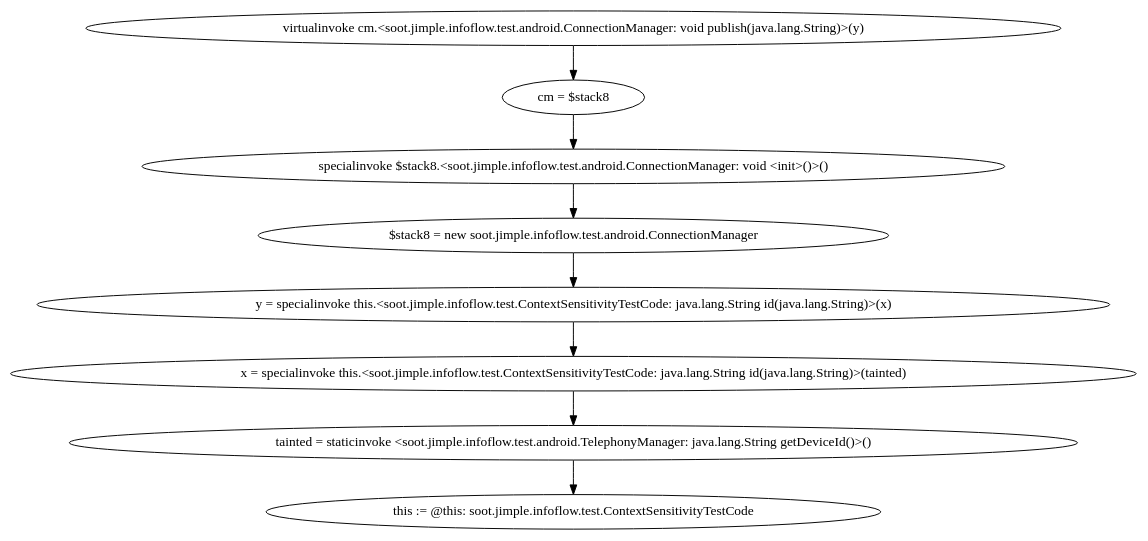
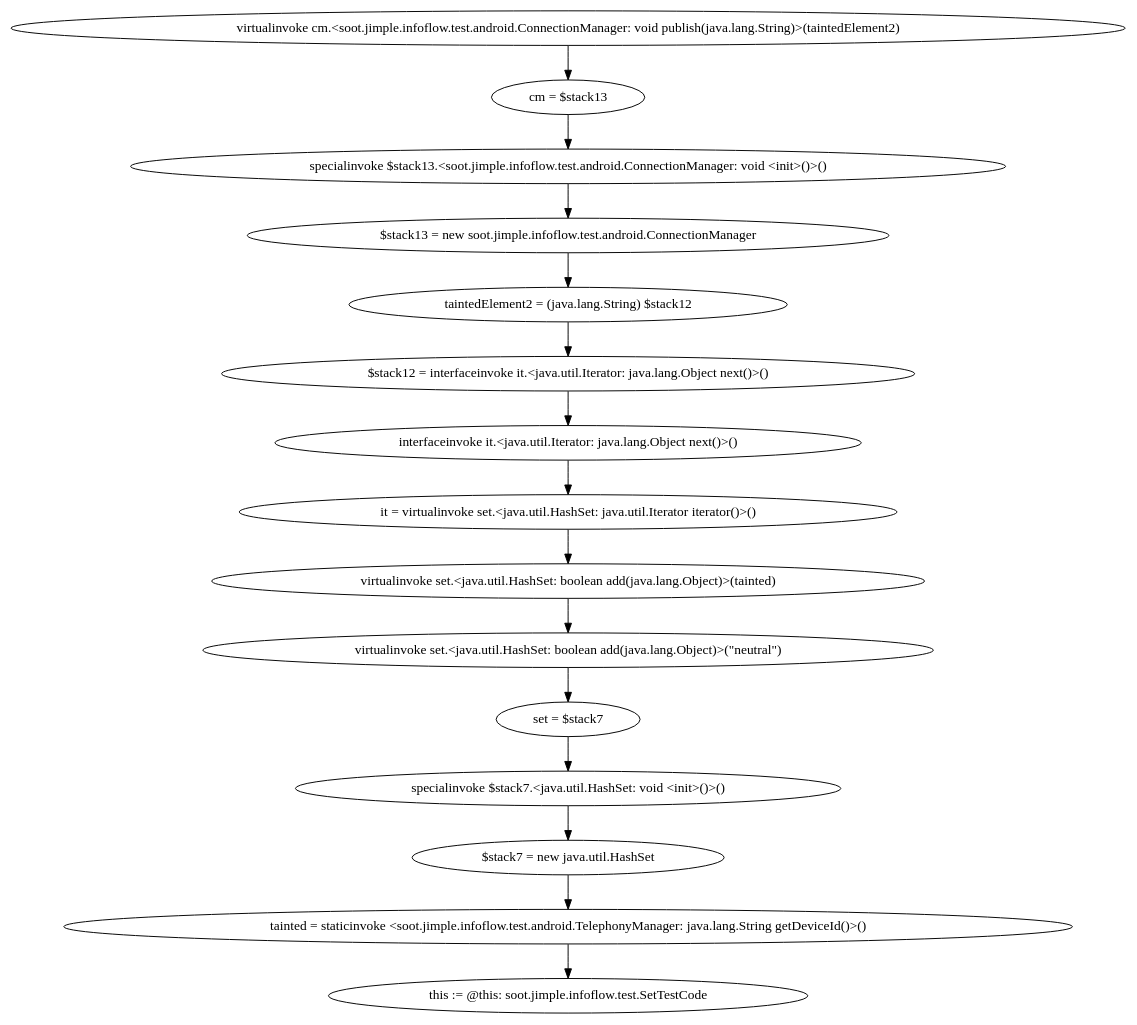
Before and after one commit to t1mlange/FlowDroid: the diagram in soot-infoflow/dotfiles/0.dot, drawn with Graphviz. The commit also changed 4 other files, not shown here.

```diff
--- a/soot-infoflow/dotfiles/0.dot
+++ b/soot-infoflow/dotfiles/0.dot
@@ -1,17 +1,31 @@
 digraph "" {
-    "virtualinvoke cm.<soot.jimple.infoflow.test.android.ConnectionManager: void publish(java.lang.String)>(y)"
-    "cm = $stack8"
-    "virtualinvoke cm.<soot.jimple.infoflow.test.android.ConnectionManager: void publish(java.lang.String)>(y)"->"cm = $stack8";
-    "specialinvoke $stack8.<soot.jimple.infoflow.test.android.ConnectionManager: void <init>()>()"
-    "cm = $stack8"->"specialinvoke $stack8.<soot.jimple.infoflow.test.android.ConnectionManager: void <init>()>()";
-    "$stack8 = new soot.jimple.infoflow.test.android.ConnectionManager"
-    "specialinvoke $stack8.<soot.jimple.infoflow.test.android.ConnectionManager: void <init>()>()"->"$stack8 = new soot.jimple.infoflow.test.android.ConnectionManager";
-    "y = specialinvoke this.<soot.jimple.infoflow.test.ContextSensitivityTestCode: java.lang.String id(java.lang.String)>(x)"
-    "$stack8 = new soot.jimple.infoflow.test.android.ConnectionManager"->"y = specialinvoke this.<soot.jimple.infoflow.test.ContextSensitivityTestCode: java.lang.String id(java.lang.String)>(x)";
-    "x = specialinvoke this.<soot.jimple.infoflow.test.ContextSensitivityTestCode: java.lang.String id(java.lang.String)>(tainted)"
-    "y = specialinvoke this.<soot.jimple.infoflow.test.ContextSensitivityTestCode: java.lang.String id(java.lang.String)>(x)"->"x = specialinvoke this.<soot.jimple.infoflow.test.ContextSensitivityTestCode: java.lang.String id(java.lang.String)>(tainted)";
+    "virtualinvoke cm.<soot.jimple.infoflow.test.android.ConnectionManager: void publish(java.lang.String)>(taintedElement2)"
+    "cm = $stack13"
+    "virtualinvoke cm.<soot.jimple.infoflow.test.android.ConnectionManager: void publish(java.lang.String)>(taintedElement2)"->"cm = $stack13";
+    "specialinvoke $stack13.<soot.jimple.infoflow.test.android.ConnectionManager: void <init>()>()"
+    "cm = $stack13"->"specialinvoke $stack13.<soot.jimple.infoflow.test.android.ConnectionManager: void <init>()>()";
+    "$stack13 = new soot.jimple.infoflow.test.android.ConnectionManager"
+    "specialinvoke $stack13.<soot.jimple.infoflow.test.android.ConnectionManager: void <init>()>()"->"$stack13 = new soot.jimple.infoflow.test.android.ConnectionManager";
+    "taintedElement2 = (java.lang.String) $stack12"
+    "$stack13 = new soot.jimple.infoflow.test.android.ConnectionManager"->"taintedElement2 = (java.lang.String) $stack12";
+    "$stack12 = interfaceinvoke it.<java.util.Iterator: java.lang.Object next()>()"
+    "taintedElement2 = (java.lang.String) $stack12"->"$stack12 = interfaceinvoke it.<java.util.Iterator: java.lang.Object next()>()";
+    "interfaceinvoke it.<java.util.Iterator: java.lang.Object next()>()"
+    "$stack12 = interfaceinvoke it.<java.util.Iterator: java.lang.Object next()>()"->"interfaceinvoke it.<java.util.Iterator: java.lang.Object next()>()";
+    "it = virtualinvoke set.<java.util.HashSet: java.util.Iterator iterator()>()"
+    "interfaceinvoke it.<java.util.Iterator: java.lang.Object next()>()"->"it = virtualinvoke set.<java.util.HashSet: java.util.Iterator iterator()>()";
+    "virtualinvoke set.<java.util.HashSet: boolean add(java.lang.Object)>(tainted)"
+    "it = virtualinvoke set.<java.util.HashSet: java.util.Iterator iterator()>()"->"virtualinvoke set.<java.util.HashSet: boolean add(java.lang.Object)>(tainted)";
+    "virtualinvoke set.<java.util.HashSet: boolean add(java.lang.Object)>(\"neutral\")"
+    "virtualinvoke set.<java.util.HashSet: boolean add(java.lang.Object)>(tainted)"->"virtualinvoke set.<java.util.HashSet: boolean add(java.lang.Object)>(\"neutral\")";
+    "set = $stack7"
+    "virtualinvoke set.<java.util.HashSet: boolean add(java.lang.Object)>(\"neutral\")"->"set = $stack7";
+    "specialinvoke $stack7.<java.util.HashSet: void <init>()>()"
+    "set = $stack7"->"specialinvoke $stack7.<java.util.HashSet: void <init>()>()";
+    "$stack7 = new java.util.HashSet"
+    "specialinvoke $stack7.<java.util.HashSet: void <init>()>()"->"$stack7 = new java.util.HashSet";
     "tainted = staticinvoke <soot.jimple.infoflow.test.android.TelephonyManager: java.lang.String getDeviceId()>()"
-    "x = specialinvoke this.<soot.jimple.infoflow.test.ContextSensitivityTestCode: java.lang.String id(java.lang.String)>(tainted)"->"tainted = staticinvoke <soot.jimple.infoflow.test.android.TelephonyManager: java.lang.String getDeviceId()>()";
-    "this := @this: soot.jimple.infoflow.test.ContextSensitivityTestCode"
-    "tainted = staticinvoke <soot.jimple.infoflow.test.android.TelephonyManager: java.lang.String getDeviceId()>()"->"this := @this: soot.jimple.infoflow.test.ContextSensitivityTestCode";
+    "$stack7 = new java.util.HashSet"->"tainted = staticinvoke <soot.jimple.infoflow.test.android.TelephonyManager: java.lang.String getDeviceId()>()";
+    "this := @this: soot.jimple.infoflow.test.SetTestCode"
+    "tainted = staticinvoke <soot.jimple.infoflow.test.android.TelephonyManager: java.lang.String getDeviceId()>()"->"this := @this: soot.jimple.infoflow.test.SetTestCode";
 }
```
